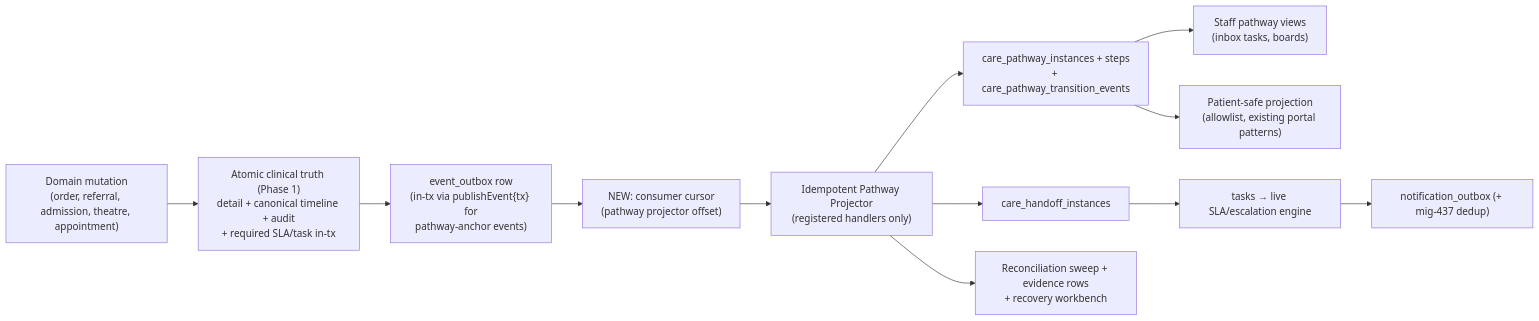
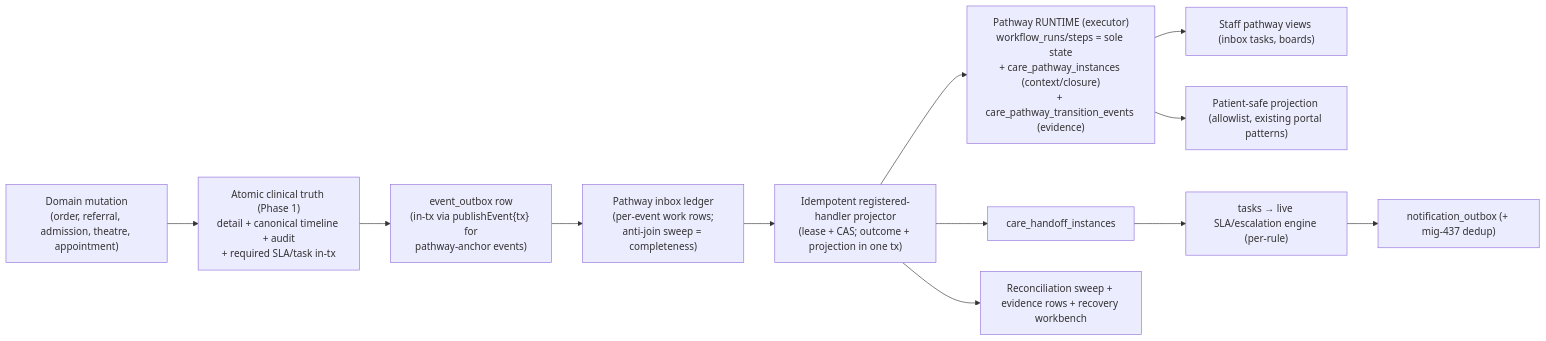
Before and after one commit to Bahuleyandr/VH-Health-Platform: the diagram in docs/superpowers/specs/2026-07-14-unified-care-pathways-program-design.md, drawn with Mermaid. The commit also changed other lines of this file, not shown here.

First line of the commit message:
docs: care pathways program design v3 (fold in Sol round-2 re-review)

````diff
--- a/docs/superpowers/specs/2026-07-14-unified-care-pathways-program-design.md
+++ b/docs/superpowers/specs/2026-07-14-unified-care-pathways-program-design.md
@@ -155,14 +146,14 @@
 ```mermaid
 flowchart LR
     A["Domain mutation<br/>(order, referral, admission, theatre, appointment)"] --> B["Atomic clinical truth (Phase 1)<br/>detail + canonical timeline + audit<br/>+ required SLA/task in-tx"]
     B --> C["event_outbox row<br/>(in-tx via publishEvent{tx} for<br/>pathway-anchor events)"]
-    C --> D["NEW: consumer cursor<br/>(pathway projector offset)"]
-    D --> E["Idempotent Pathway Projector<br/>(registered handlers only)"]
-    E --> F["care_pathway_instances + steps<br/>+ care_pathway_transition_events"]
+    C --> D["Pathway inbox ledger<br/>(per-event work rows;<br/>anti-join sweep = completeness)"]
+    D --> E["Idempotent registered-handler projector<br/>(lease + CAS; outcome + projection in one tx)"]
+    E --> F["Pathway RUNTIME (executor)<br/>workflow_runs/steps = sole state<br/>+ care_pathway_instances (context/closure)<br/>+ care_pathway_transition_events (evidence)"]
     E --> G["care_handoff_instances"]
-    F --> H["Staff pathway views<br/>(inbox tasks, boards)"]
-    F --> I["Patient-safe projection<br/>(allowlist, existing portal patterns)"]
-    G --> J["tasks → live SLA/escalation engine"]
+    F --> H["Staff pathway views (inbox tasks, boards)"]
+    F --> I["Patient-safe projection (allowlist, existing portal patterns)"]
+    G --> J["tasks → live SLA/escalation engine (per-rule)"]
     J --> K["notification_outbox (+ mig-437 dedup)"]
-    E --> L["Reconciliation sweep + evidence rows<br/>+ recovery workbench"]
+    E --> L["Reconciliation sweep + evidence rows + recovery workbench"]
 ```
````
